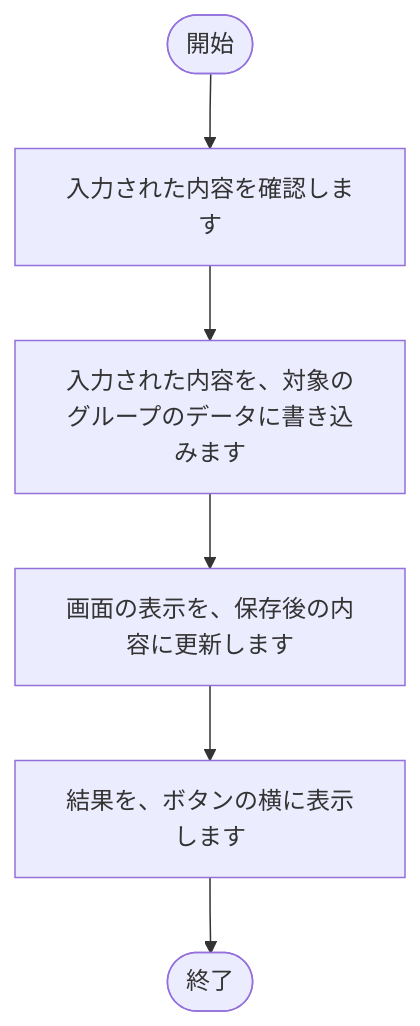
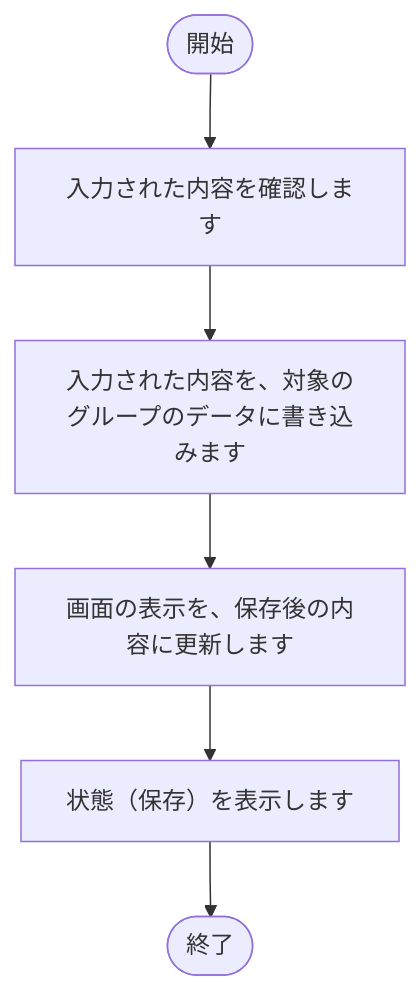
Before and after one commit to nishida2073/project_management: diagram 21 of 25 in tool/kintone-aggregator/doc/02_設計/処理フロー.md, drawn with Mermaid. The commit also changed other lines of this file and 11 other files, not shown here.

````diff
--- a/tool/kintone-aggregator/doc/02_設計/処理フロー.md
+++ b/tool/kintone-aggregator/doc/02_設計/処理フロー.md
@@ -539,14 +539,14 @@
 ```mermaid
 flowchart TD
     S(["開始"])
     E(["終了"])
     N1["入力された内容を確認します"]
     S --> N1
     N2["入力された内容を、対象のグループのデータに書き込みます"]
     N1 --> N2
     N3["画面の表示を、保存後の内容に更新します"]
     N2 --> N3
-    N4["結果を、ボタンの横に表示します"]
+    N4["状態（保存）を表示します"]
     N3 --> N4
     N4 --> E
 ```
````
